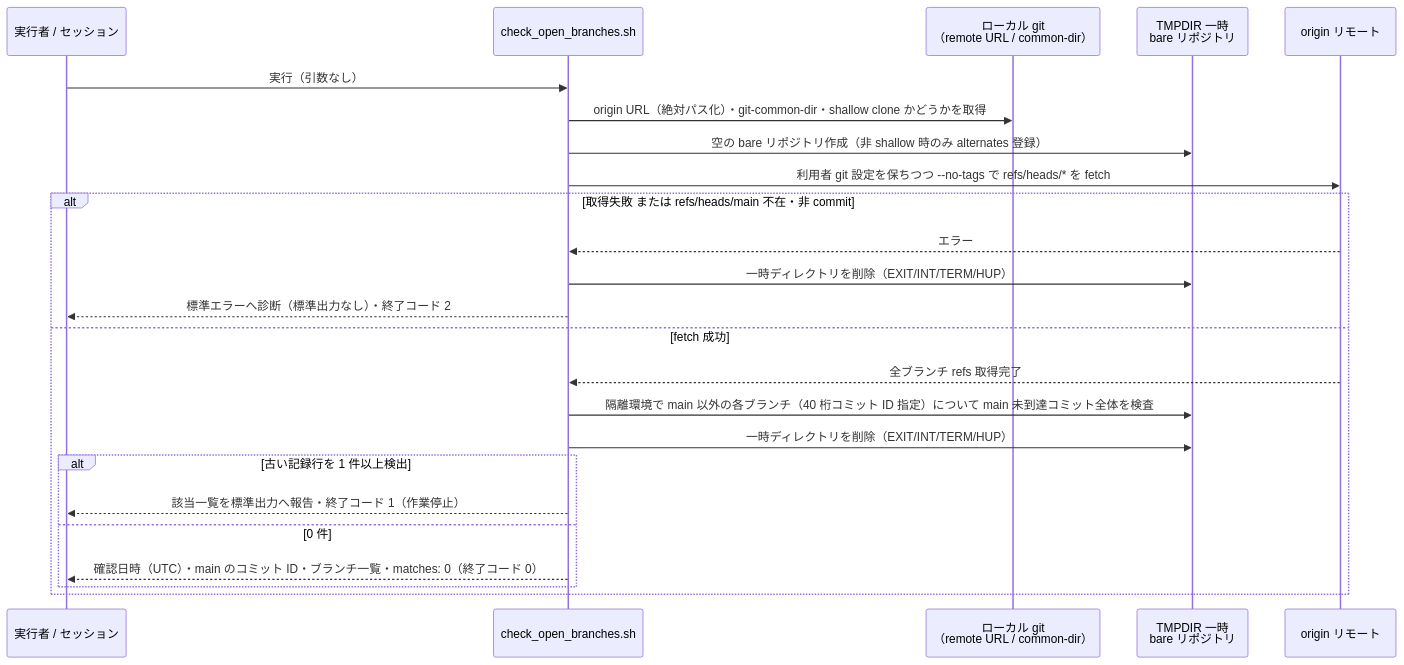
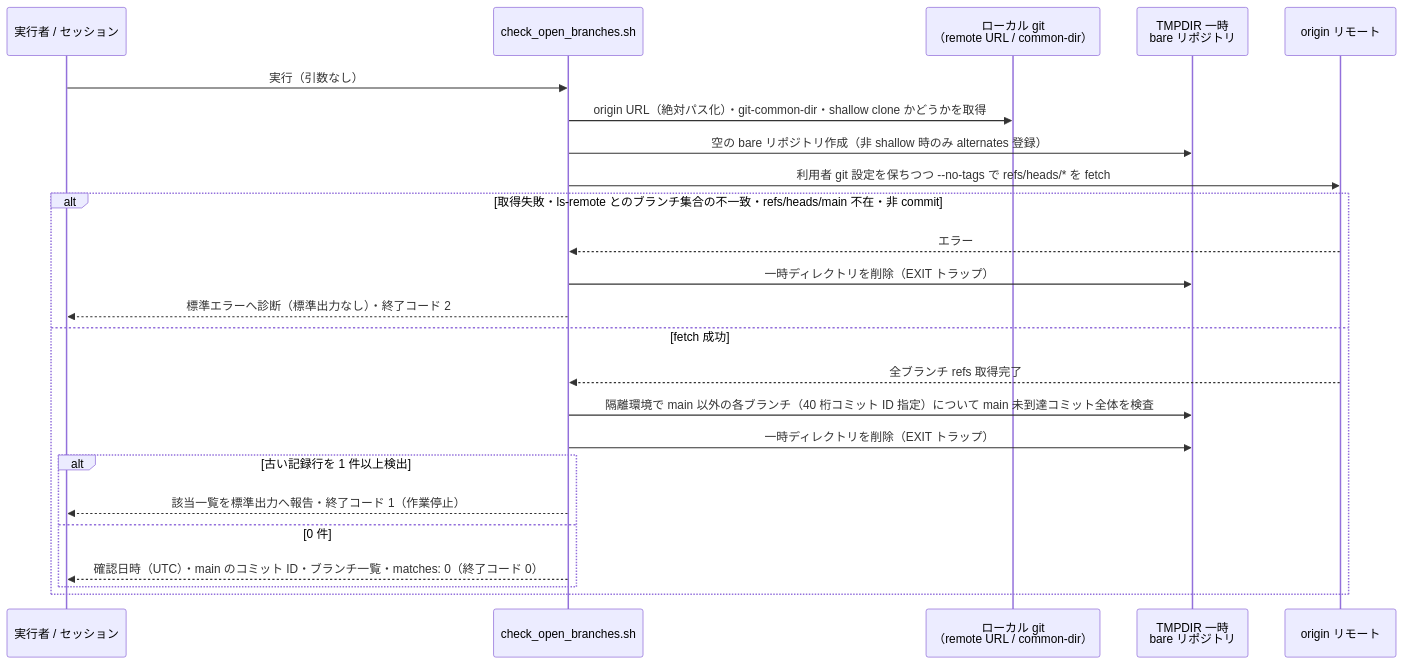
The third of 7 diagrams in docs/tasks/0121_retire_legacy_review_records/02_architecture.md (isseis/yt2column), drawn with Mermaid before and after one commit. The commit also changed other lines of this file, not shown here.

First line of the commit message:
docs(0121): address the Fable partial review of the architecture

````diff
--- a/docs/tasks/0121_retire_legacy_review_records/02_architecture.md
+++ b/docs/tasks/0121_retire_legacy_review_records/02_architecture.md
@@ -199,27 +199,27 @@
 ```mermaid
 sequenceDiagram
     participant Op as 実行者 / セッション
     participant Sh as check_open_branches.sh
     participant LocalGit as ローカル git<br>（remote URL / common-dir）
     participant Tmp as TMPDIR 一時<br>bare リポジトリ
     participant Origin as origin リモート
 
     Op->>Sh: 実行（引数なし）
     Sh->>LocalGit: origin URL（絶対パス化）・git-common-dir・shallow clone かどうかを取得
     Sh->>Tmp: 空の bare リポジトリ作成（非 shallow 時のみ alternates 登録）
     Sh->>Origin: 利用者 git 設定を保ちつつ --no-tags で refs/heads/* を fetch
-    alt 取得失敗 または refs/heads/main 不在・非 commit
+    alt 取得失敗・ls-remote とのブランチ集合の不一致・refs/heads/main 不在・非 commit
         Origin-->>Sh: エラー
-        Sh->>Tmp: 一時ディレクトリを削除（EXIT/INT/TERM/HUP）
+        Sh->>Tmp: 一時ディレクトリを削除（EXIT トラップ）
         Sh-->>Op: 標準エラーへ診断（標準出力なし）・終了コード 2
     else fetch 成功
         Origin-->>Sh: 全ブランチ refs 取得完了
         Sh->>Tmp: 隔離環境で main 以外の各ブランチ（40 桁コミット ID 指定）について main 未到達コミット全体を検査
-        Sh->>Tmp: 一時ディレクトリを削除（EXIT/INT/TERM/HUP）
+        Sh->>Tmp: 一時ディレクトリを削除（EXIT トラップ）
         alt 古い記録行を 1 件以上検出
             Sh-->>Op: 該当一覧を標準出力へ報告・終了コード 1（作業停止）
         else 0 件
             Sh-->>Op: 確認日時（UTC）・main のコミット ID・ブランチ一覧・matches: 0（終了コード 0）
         end
     end
 ```
````
